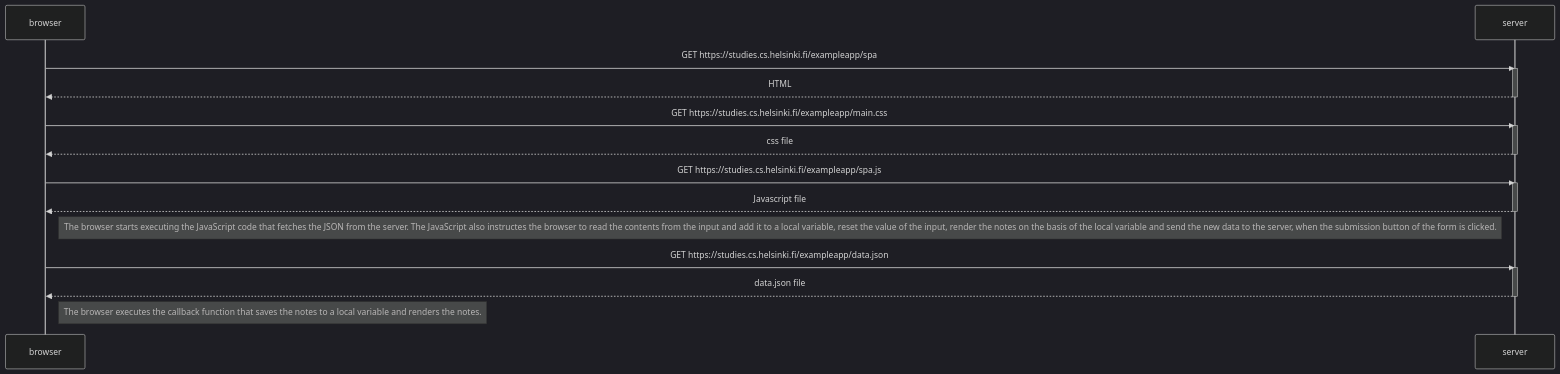
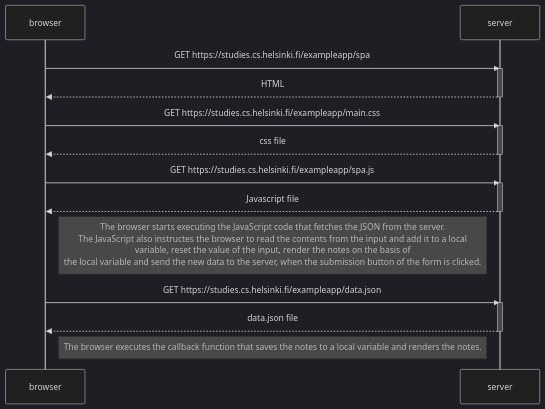
Before and after one commit to dreathed/FullStackOpenSubmissions: the diagram in part0/0-5.md, drawn with Mermaid (dark theme). The commit also changed 1 other file, not shown here.

Commit message:
add line breaks for better readability

````diff
--- a/part0/0-5.md
+++ b/part0/0-5.md
@@ -1,29 +1,29 @@
 ```mermaid
 sequenceDiagram
     participant browser
     participant server
 
     browser->>server: GET https://studies.cs.helsinki.fi/exampleapp/spa
     activate server
     server-->>browser: HTML
     deactivate server
 
     browser->>server: GET https://studies.cs.helsinki.fi/exampleapp/main.css
     activate server
     server-->>browser: css file
     deactivate server
 
     browser->>server: GET https://studies.cs.helsinki.fi/exampleapp/spa.js
     activate server
     server-->>browser: Javascript file
     deactivate server
 
-    Note right of browser: The browser starts executing the JavaScript code that fetches the JSON from the server. The JavaScript also instructes the browser to read the contents from the input and add it to a local variable, reset the value of the input, render the notes on the basis of the local variable and send the new data to the server, when the submission button of the form is clicked.
+    Note right of browser: The browser starts executing the JavaScript code that fetches the JSON from the server.<br>The JavaScript also instructes the browser to read the contents from the input and add it to a local <br>variable, reset the value of the input, render the notes on the basis of <br>the local variable and send the new data to the server, when the submission button of the form is clicked.
 
     browser->>server: GET https://studies.cs.helsinki.fi/exampleapp/data.json
     activate server
     server-->>browser: data.json file
     deactivate server
 
     Note right of browser: The browser executes the callback function that saves the notes to a local variable and renders the notes.
 ```
````
